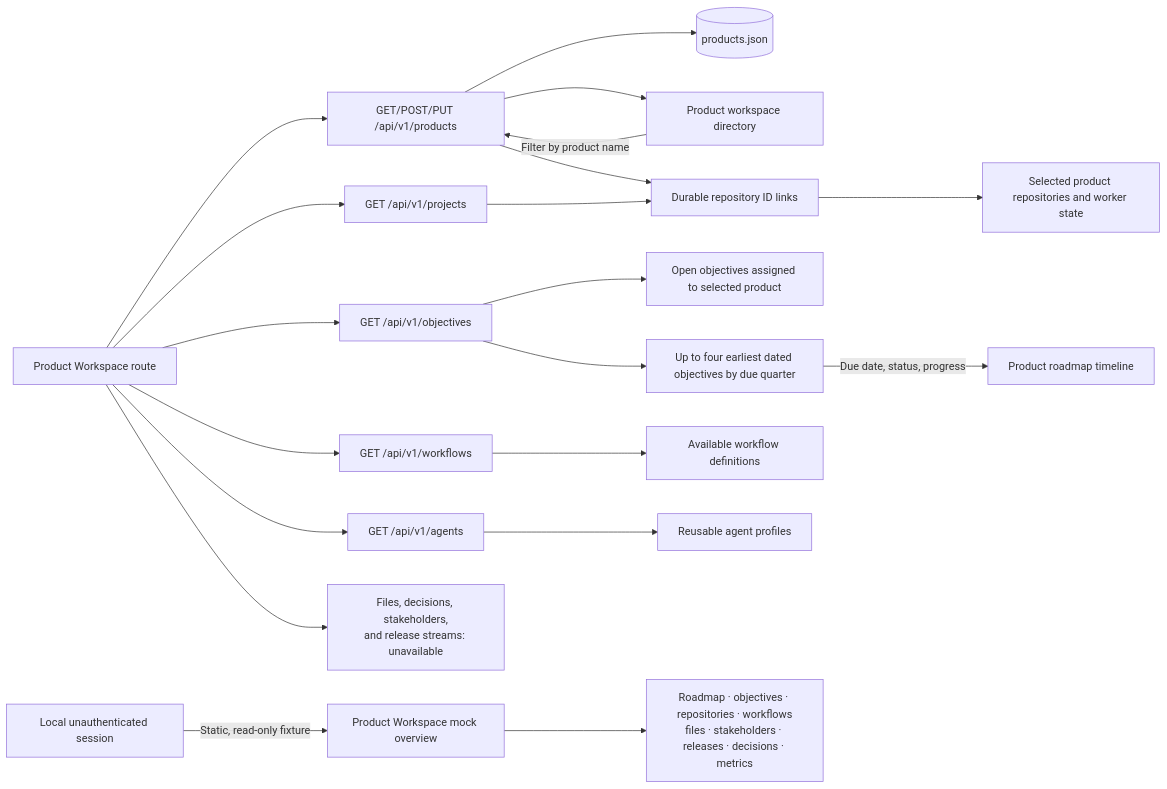
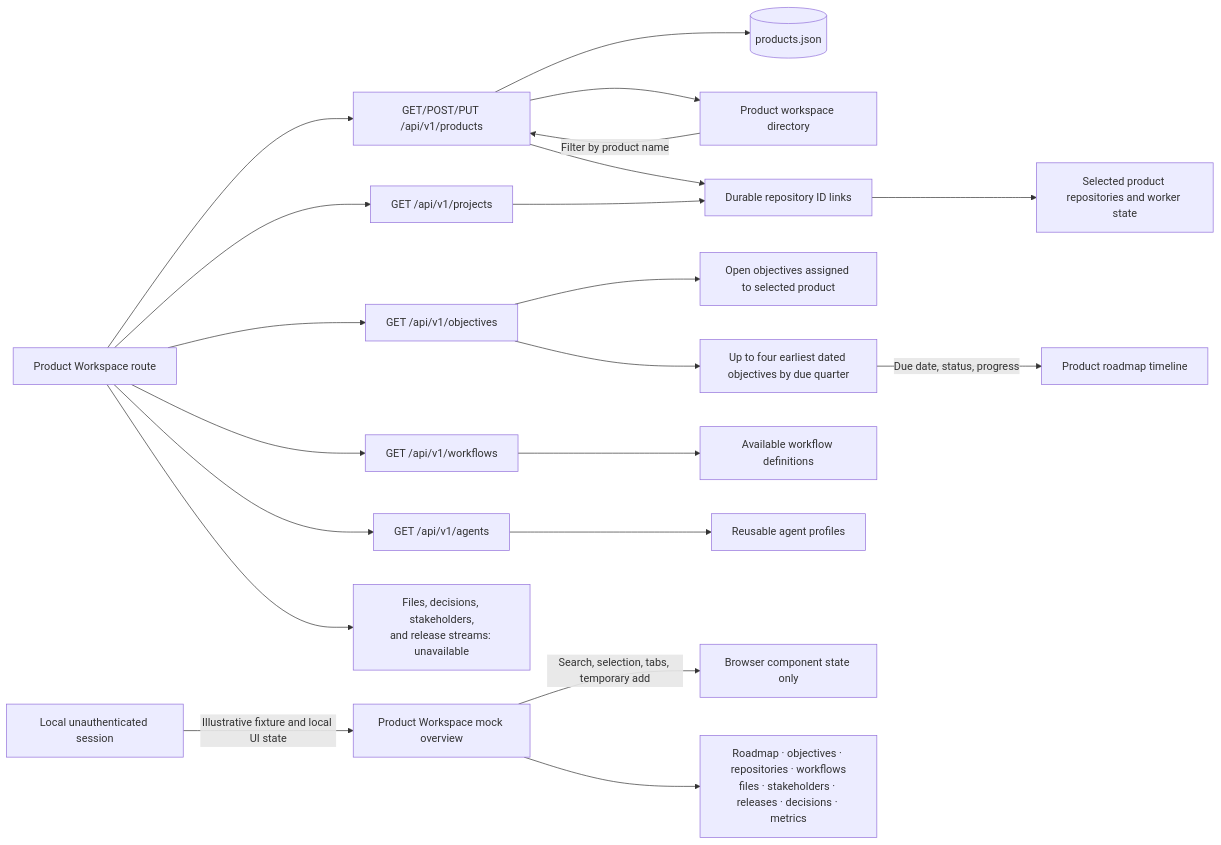
Before and after one commit to bogdaniel/zenchron-engineering-os: the diagram in docs/features/product-workspace.md, drawn with Mermaid. The commit also changed other lines of this file and 3 other files, not shown here.

Commit message:
fix(workspace): activate preview controls

````diff
--- a/docs/features/product-workspace.md
+++ b/docs/features/product-workspace.md
@@ -16,23 +17,24 @@
 ```mermaid
 flowchart LR
     Browser[Product Workspace route] --> Projects[GET /api/v1/projects]
     Browser --> Products[GET/POST/PUT /api/v1/products]
     Browser --> Objectives[GET /api/v1/objectives]
     Browser --> Workflows[GET /api/v1/workflows]
     Browser --> Agents[GET /api/v1/agents]
     Products --> Store[(products.json)]
     Products --> Directory[Product workspace directory]
     Directory -->|Filter by product name| Products
     Products --> Links[Durable repository ID links]
     Projects --> Links
     Links --> Detail[Selected product repositories and worker state]
     Objectives --> GoalList[Open objectives assigned to selected product]
     Objectives --> Roadmap[Up to four earliest dated objectives by due quarter]
     Roadmap -->|Due date, status, progress| ProductRoadmap[Product roadmap timeline]
     Workflows --> WorkflowList[Available workflow definitions]
     Agents --> Templates[Reusable agent profiles]
     Missing[Files, decisions, stakeholders,<br/>and release streams: unavailable]
     Browser --> Missing
-    Preview[Local unauthenticated session] -->|Static, read-only fixture| Mock[Product Workspace mock overview]
+    Preview[Local unauthenticated session] -->|Illustrative fixture and local UI state| Mock[Product Workspace mock overview]
+    Mock -->|Search, selection, tabs, temporary add| Local[Browser component state only]
     Mock --> MockData[Roadmap · objectives · repositories · workflows<br/>files · stakeholders · releases · decisions · metrics]
 ```
````
